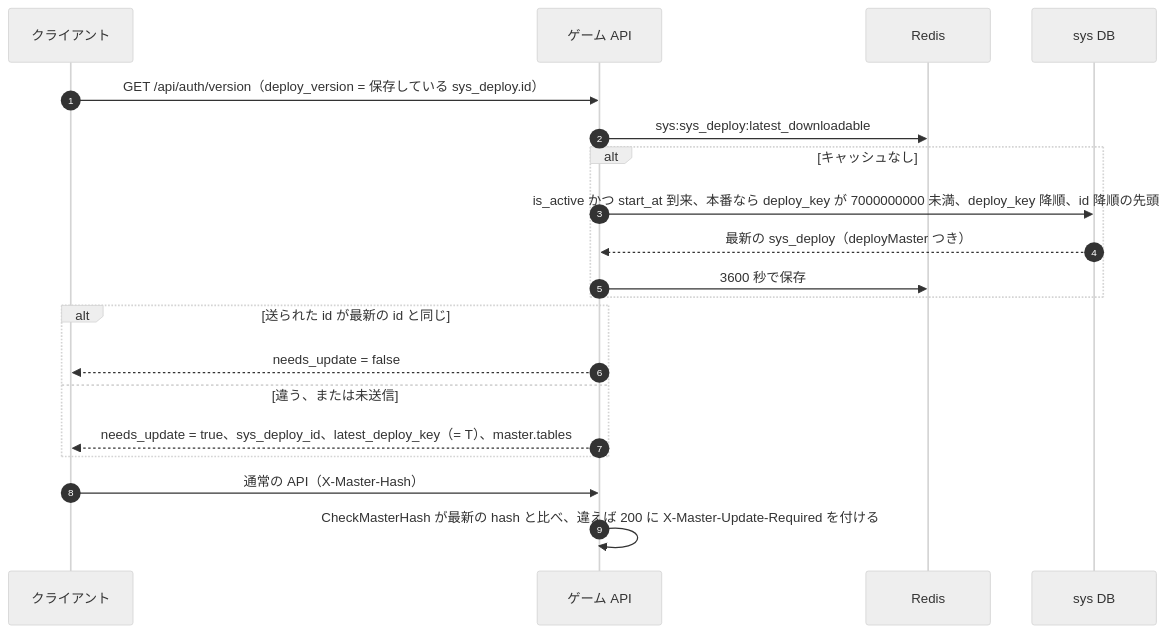
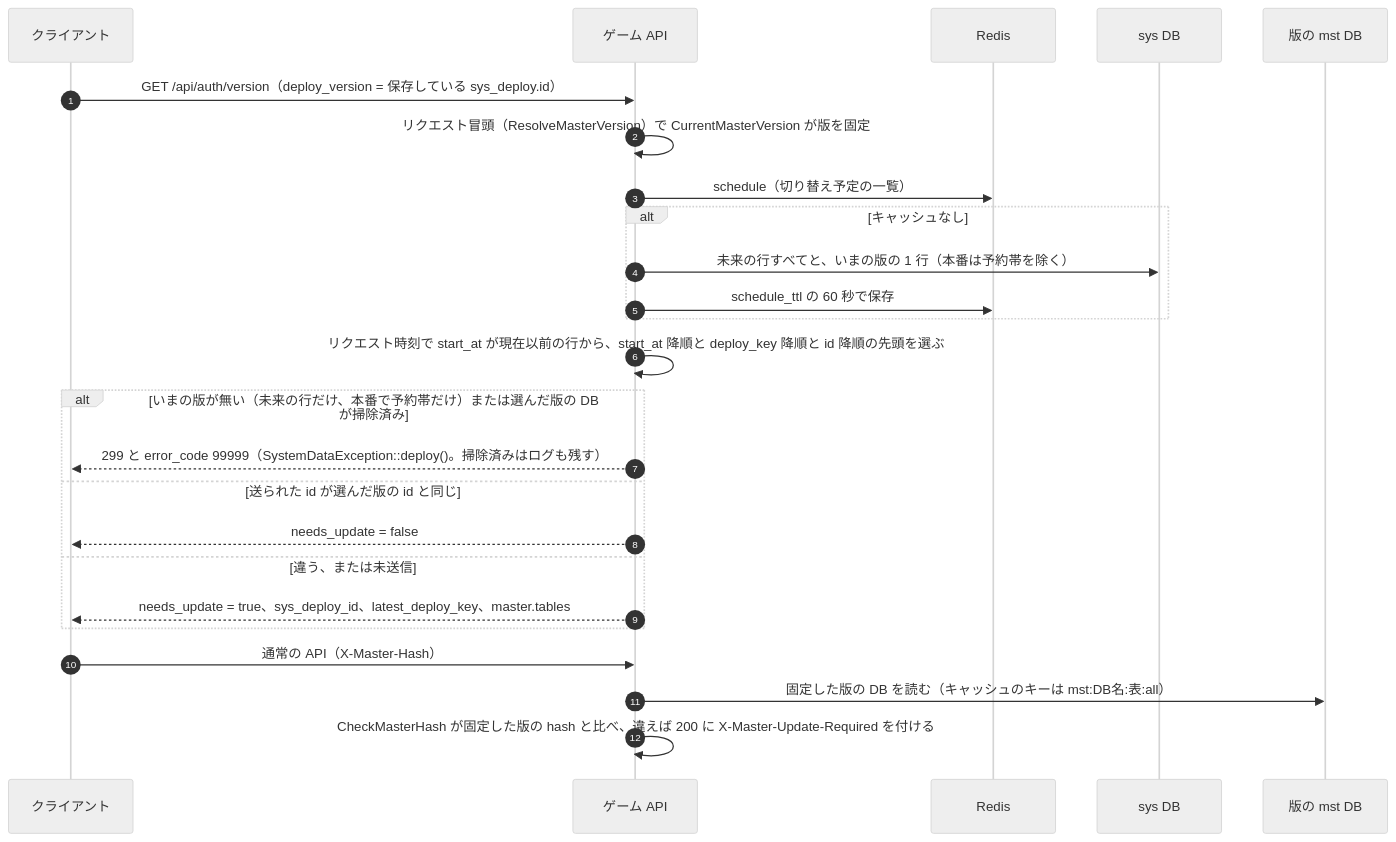
One commit to BENieBlack/NexusMobileGameServer-Laravel changed diagram 18 of 20 in docs/design/master-distribution/sequence.md. Above: the diagram before and after it, drawn with Mermaid (neutral theme). The commit also changed other lines of this file and 2 other files, not shown here.

Commit message:
docs: マスター配信のサーバー設計（db・api・sequence）を版ごとの mst DB と start_at の切り替えに書き直す（design-change） (#47)

````diff
--- a/docs/design/master-distribution/sequence.md
+++ b/docs/design/master-distribution/sequence.md
@@ -251,23 +697,28 @@
 ```mermaid
 sequenceDiagram
     autonumber
     participant C as クライアント
     participant API as ゲーム API
     participant RD as Redis
     participant SYS as sys DB
+    participant MST as 版の mst DB
 
     C->>API: GET /api/auth/version（deploy_version = 保存している sys_deploy.id）
-    API->>RD: sys:sys_deploy:latest_downloadable
+    API->>API: リクエスト冒頭（ResolveMasterVersion）で CurrentMasterVersion が版を固定
+    API->>RD: schedule（切り替え予定の一覧）
     alt キャッシュなし
-        API->>SYS: is_active かつ start_at 到来、本番なら deploy_key が 7000000000 未満、deploy_key 降順、id 降順の先頭
-        SYS-->>API: 最新の sys_deploy（deployMaster つき）
-        API->>RD: 3600 秒で保存
+        API->>SYS: 未来の行すべてと、いまの版の 1 行（本番は予約帯を除く）
+        API->>RD: schedule_ttl の 60 秒で保存
     end
-    alt 送られた id が最新の id と同じ
+    API->>API: リクエスト時刻で start_at が現在以前の行から、start_at 降順と deploy_key 降順と id 降順の先頭を選ぶ
+    alt いまの版が無い（未来の行だけ、本番で予約帯だけ）または選んだ版の DB が掃除済み
+        API-->>C: 299 と error_code 99999（SystemDataException::deploy()。掃除済みはログも残す）
+    else 送られた id が選んだ版の id と同じ
         API-->>C: needs_update = false
     else 違う、または未送信
-        API-->>C: needs_update = true、sys_deploy_id、latest_deploy_key（= T）、master.tables
+        API-->>C: needs_update = true、sys_deploy_id、latest_deploy_key、master.tables
     end
     C->>API: 通常の API（X-Master-Hash）
-    API->>API: CheckMasterHash が最新の hash と比べ、違えば 200 に X-Master-Update-Required を付ける
+    API->>MST: 固定した版の DB を読む（キャッシュのキーは mst:DB名:表:all）
+    API->>API: CheckMasterHash が固定した版の hash と比べ、違えば 200 に X-Master-Update-Required を付ける
 ```
````
